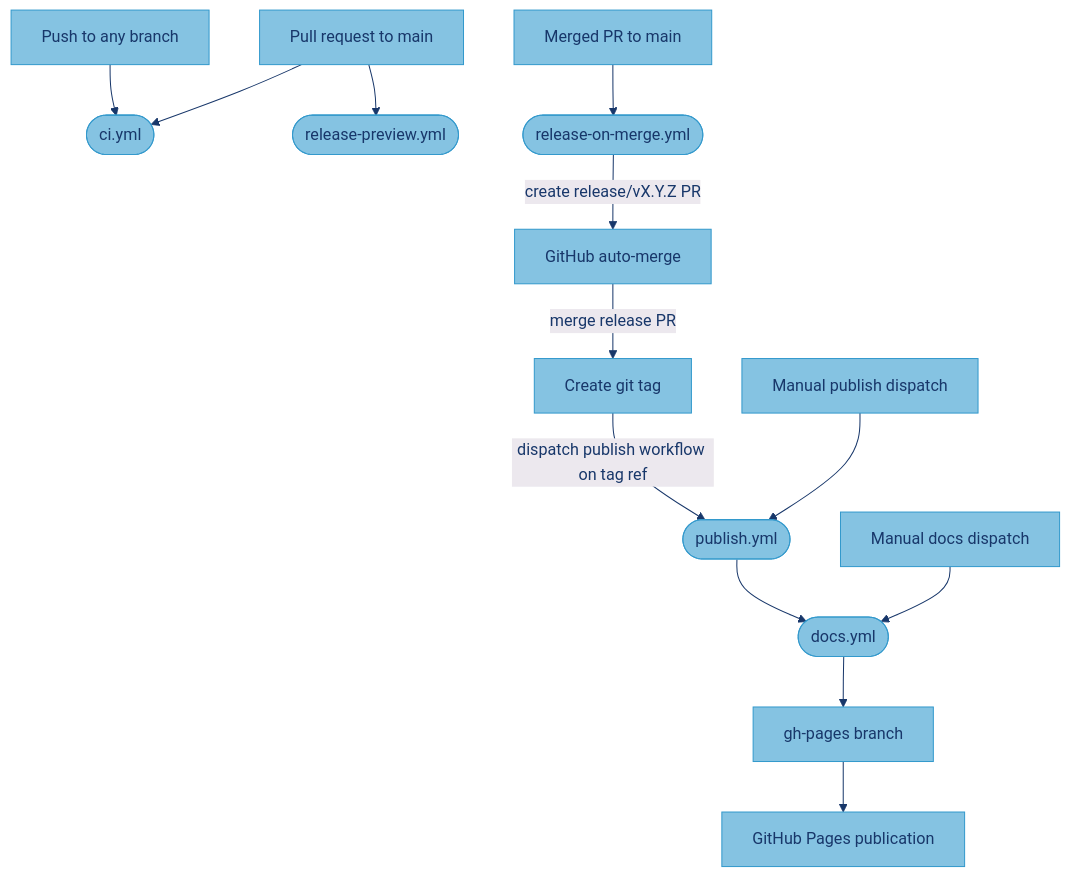
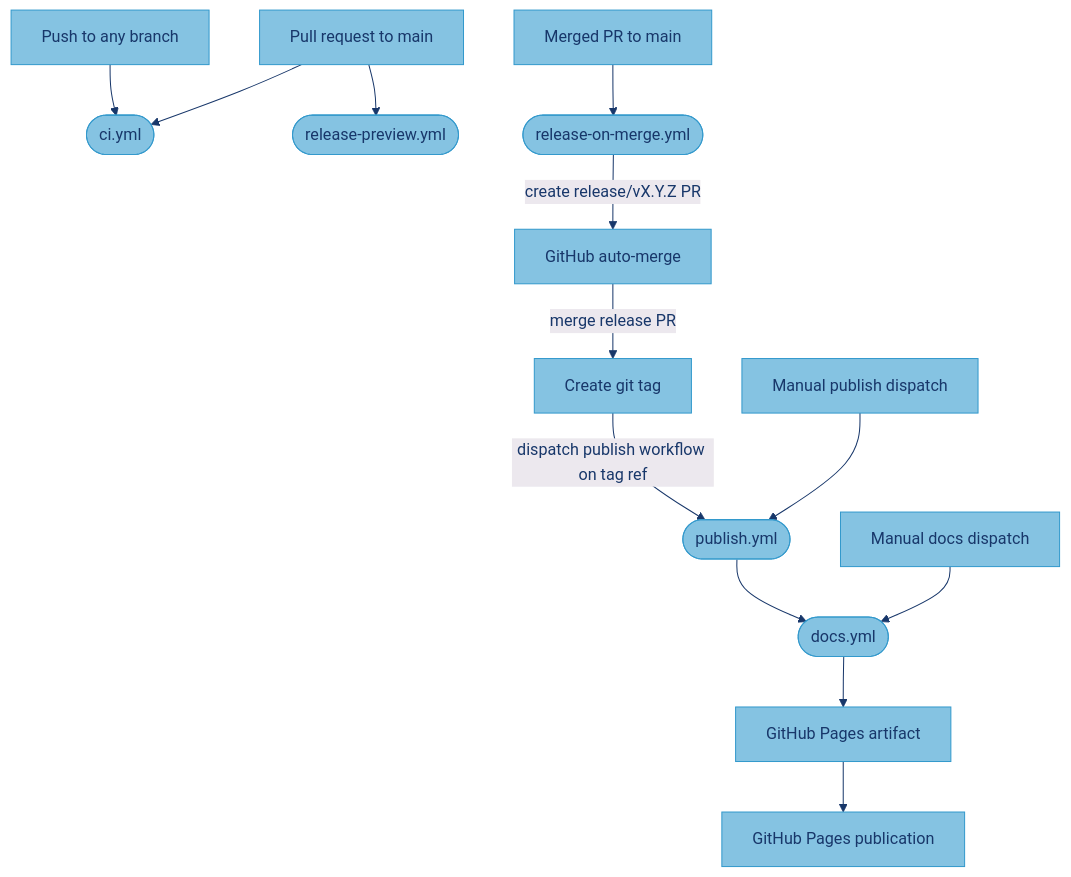
One commit to OWI-Lab/owi-metadatabase-soil-sdk changed the diagram in .github/workflows/README.md. Above: the diagram before and after it, drawn with Mermaid. The commit also changed other lines of this file and 64 other files, not shown here.

````diff
--- a/.github/workflows/README.md
+++ b/.github/workflows/README.md
@@ -5,28 +5,28 @@
 ```mermaid
 ---
 config:
   theme: 'base'
   themeVariables:
     primaryColor: '#85c3e2'
     primaryTextColor: '#18376a'
     primaryBorderColor: '#3399cc'
     lineColor: '#18376a'
     secondaryColor: '#ece8ee'
     secondaryBorderColor: '#babbbe'
     secondaryTextColor: '#3399cc'
     tertiaryColor: '#122356'
 ---
 flowchart TD
     Push[Push to any branch] --> CI([ci.yml])
     PR[Pull request to main] --> CI
     PR --> Preview([release-preview.yml])
     MergedPR[Merged PR to main] --> ReleaseOnMerge([release-on-merge.yml])
     ReleaseOnMerge -->|create release/vX.Y.Z PR| AutoMerge[GitHub auto-merge]
   AutoMerge -->|merge release PR| Tag[Create git tag]
   Tag -->|dispatch publish workflow on tag ref| Publish([publish.yml])
     Publish --> Docs([docs.yml])
-    Docs --> GhPages[gh-pages branch]
-    GhPages --> Pages[GitHub Pages publication]
+    Docs --> Artifact[GitHub Pages artifact]
+    Artifact --> Pages[GitHub Pages publication]
     ManualDocs[Manual docs dispatch] --> Docs
     ManualPublish[Manual publish dispatch] --> Publish
 ```
````
